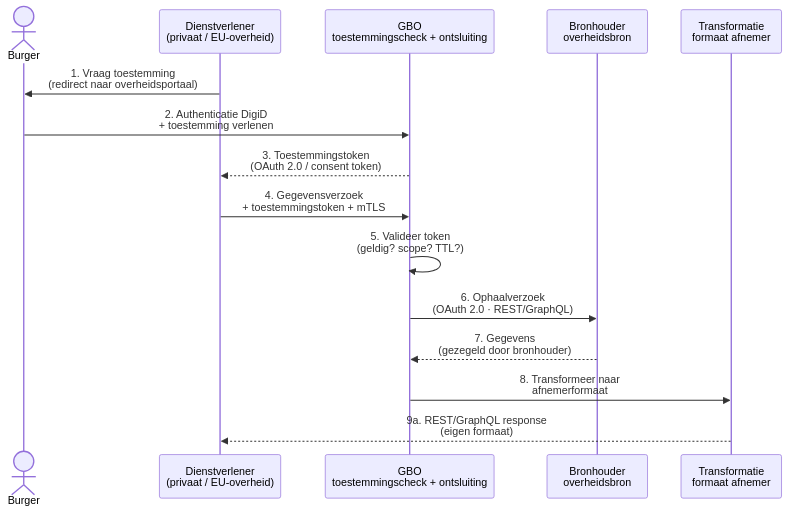
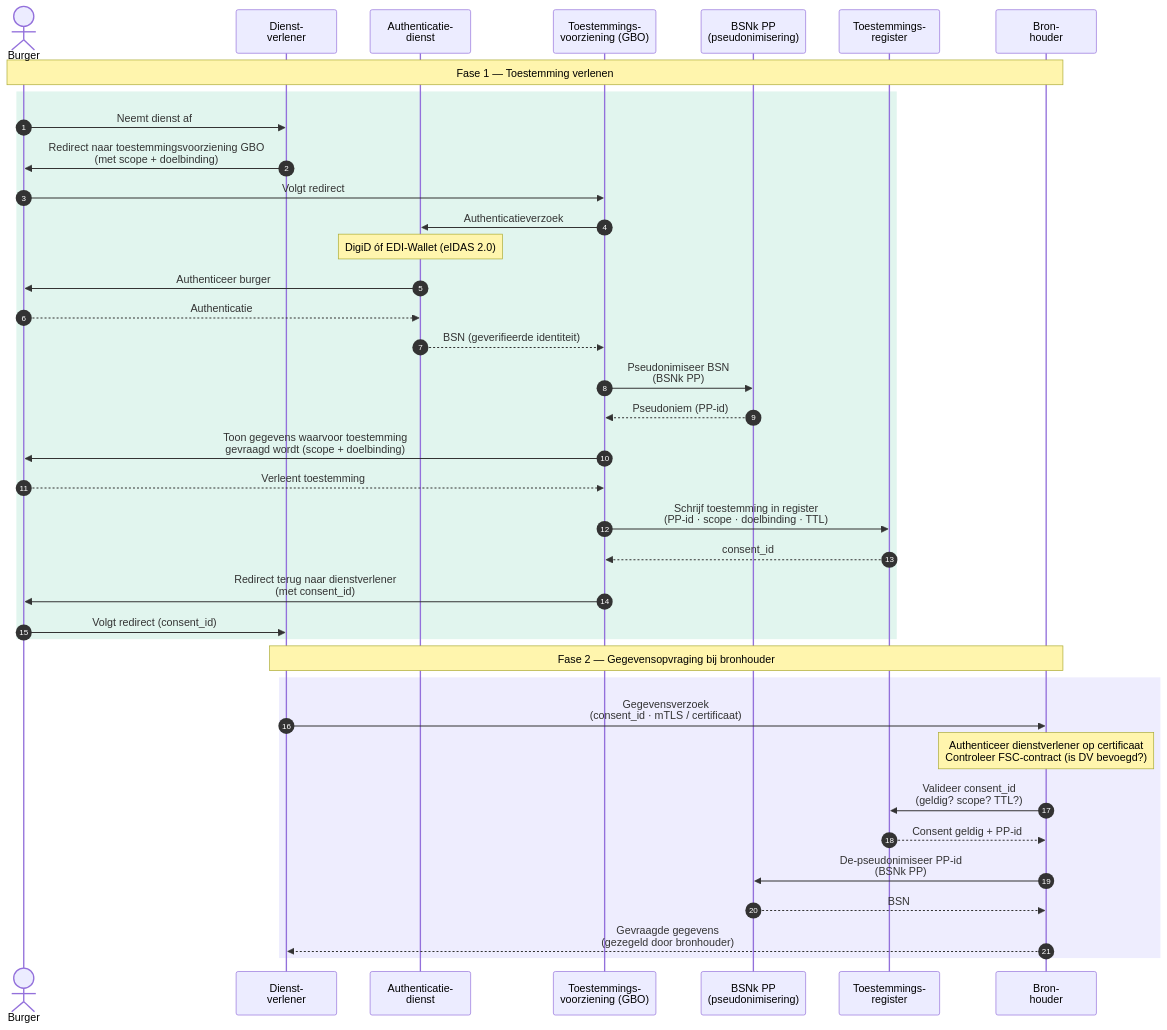
The diagram in docs/diagrammen/interactiepatroon-PP-haalt-gegevens-op.mmd (ICTU/GBO), drawn with Mermaid before and after one commit.

````diff
--- a/docs/diagrammen/interactiepatroon-PP-haalt-gegevens-op.mmd
+++ b/docs/diagrammen/interactiepatroon-PP-haalt-gegevens-op.mmd
@@ -3,22 +3,46 @@
 ``` mermaid
 
 sequenceDiagram
+    autonumber
     actor Burger
-    participant DV as Dienstverlener<br/>(privaat / EU-overheid)
-    participant GBO as GBO<br/>toestemmingscheck + ontsluiting
-    participant Bron as Bronhouder<br/>overheidsbron
-    participant TR as Transformatie<br/>formaat afnemer
+    participant DV as Dienst-<br/>verlener
+    participant Auth as Authenticatie-<br/>dienst
+    participant TV as Toestemmings-<br/>voorziening (GBO)
+    participant PP as BSNk PP<br/>(pseudonimisering)
+    participant TR as Toestemmings-<br/>register
+    participant BRH as Bron-<br/>houder
 
-    DV->>Burger: 1. Vraag toestemming<br/>(redirect naar overheidsportaal)
-    Burger->>GBO: 2. Authenticatie DigiD<br/>+ toestemming verlenen
-    GBO-->>DV: 3. Toestemmingstoken<br/>(OAuth 2.0 / consent token)
+    Note over Burger,BRH: Fase 1 — Toestemming verlenen
 
-    DV->>GBO: 4. Gegevensverzoek<br/>+ toestemmingstoken + mTLS
-    GBO->>GBO: 5. Valideer token<br/>(geldig? scope? TTL?)
-    GBO->>Bron: 6. Ophaalverzoek<br/>(OAuth 2.0 · REST/GraphQL)
-    Bron-->>GBO: 7. Gegevens<br/>(gezegeld door bronhouder)
-    GBO->>TR: 8. Transformeer naar<br/>afnemerformaat
+    rect rgb(225, 245, 238)
+        Burger->>DV: Neemt dienst af
+        DV->>Burger: Redirect naar toestemmingsvoorziening GBO<br/>(met scope + doelbinding)
+        Burger->>TV: Volgt redirect
+        TV->>Auth: Authenticatieverzoek
+        Note over Auth: DigiD óf EDI-Wallet (eIDAS 2.0)
+        Auth->>Burger: Authenticeer burger
+        Burger-->>Auth: Authenticatie
+        Auth-->>TV: BSN (geverifieerde identiteit)
+        TV->>PP: Pseudonimiseer BSN<br/>(BSNk PP)
+        PP-->>TV: Pseudoniem (PP-id)
+        TV->>Burger: Toon gegevens waarvoor toestemming<br/>gevraagd wordt (scope + doelbinding)
+        Burger-->>TV: Verleent toestemming
+        TV->>TR: Schrijf toestemming in register<br/>(PP-id · scope · doelbinding · TTL)
+        TR-->>TV: consent_id
+        TV->>Burger: Redirect terug naar dienstverlener<br/>(met consent_id)
+        Burger->>DV: Volgt redirect (consent_id)
+    end
 
-    TR-->>DV: 9a. REST/GraphQL response<br/>(eigen formaat)
+    Note over DV,BRH: Fase 2 — Gegevensopvraging bij bronhouder
+
+    rect rgb(238, 237, 254)
+        DV->>BRH: Gegevensverzoek<br/>(consent_id · mTLS / certificaat)
+        Note over BRH: Authenticeer dienstverlener op certificaat<br/>Controleer FSC-contract (is DV bevoegd?)
+        BRH->>TR: Valideer consent_id<br/>(geldig? scope? TTL?)
+        TR-->>BRH: Consent geldig + PP-id
+        BRH->>PP: De-pseudonimiseer PP-id<br/>(BSNk PP)
+        PP-->>BRH: BSN
+        BRH-->>DV: Gevraagde gegevens<br/>(gezegeld door bronhouder)
+    end
 
 ```
````
